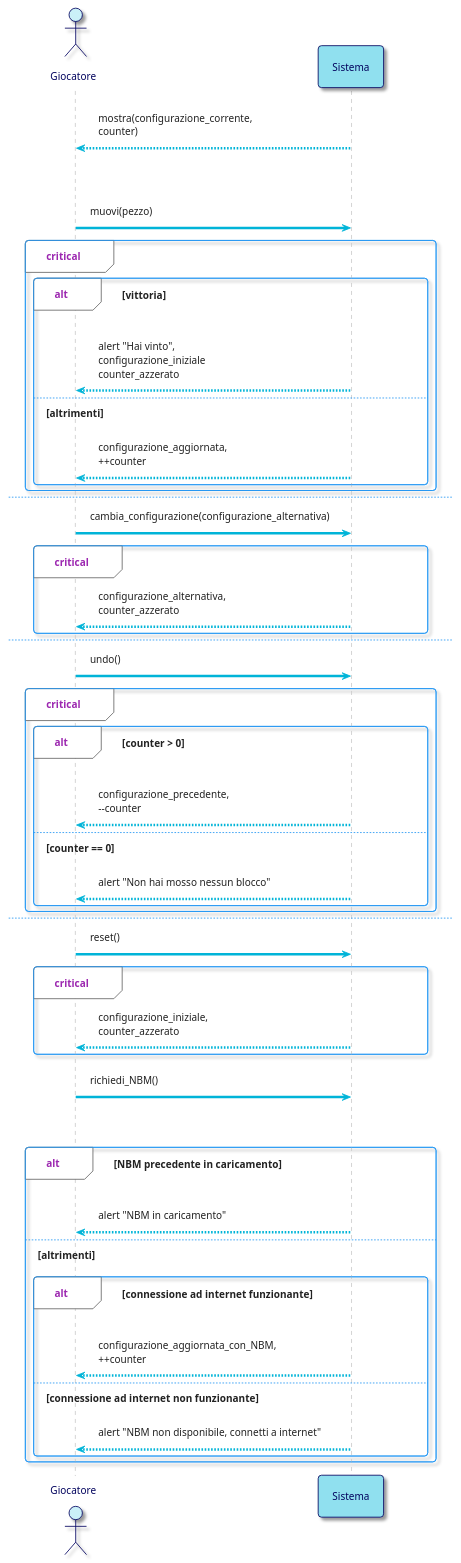
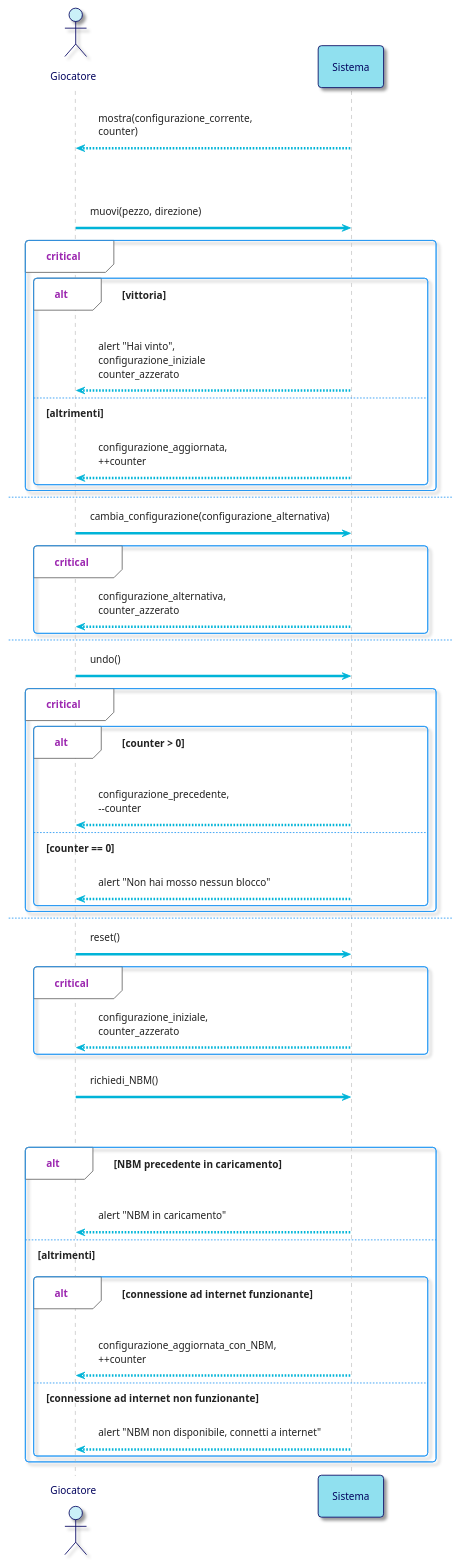
One commit to bellins14/klotski_gruppo2 changed the first of 7 diagrams in resources/Sequence_Diagrams.md. Above: the diagram before and after it, drawn with PlantUML. The commit also changed other lines of this file, not shown here.

````diff
--- a/resources/Sequence_Diagrams.md
+++ b/resources/Sequence_Diagrams.md
@@ -5,75 +5,75 @@
 ```plantuml
 @startuml
 !theme materia-outline
 
 skinparam ArrowColor #00B4D8
 skinparam BackgroundColor #FFFFFF
 skinparam ArrowColor #00B4D8
 skinparam ActorBorderColor #03045E
 skinparam ActorFontColor #03045E
 skinparam ActorBackgroundColor #CAF0F8
 skinparam ParticipantFontColor #03045E
 skinparam ParticipantBorderColor #03045E
 skinparam ParticipantBackgroundColor #90E0EF
 
 actor Giocatore
 participant Sistema
 
 Sistema --> Giocatore: mostra(configurazione_corrente,\ncounter)
 
 par
-    Giocatore -> Sistema: muovi(pezzo)
+    Giocatore -> Sistema: muovi(pezzo, direzione)
     
     critical 
       alt vittoria
         Sistema --> Giocatore: alert "Hai vinto", \nconfigurazione_iniziale \ncounter_azzerato
 
       else altrimenti
         Sistema --> Giocatore: configurazione_aggiornata,\n++counter
       end
     end
     
 else 
     Giocatore -> Sistema: cambia_configurazione(configurazione_alternativa)
     
     critical 
       Sistema --> Giocatore: configurazione_alternativa,\ncounter_azzerato
     end
 
 else 
     Giocatore -> Sistema: undo()
     
     critical 
       alt counter > 0 
         Sistema --> Giocatore: configurazione_precedente,\n--counter
         
       else counter == 0
         Sistema --> Giocatore: alert "Non hai mosso nessun blocco"
       end
     end
     
 else 
     Giocatore -> Sistema: reset()
     
     critical 
       Sistema --> Giocatore: configurazione_iniziale,\ncounter_azzerato
     end
 
 else 
     Giocatore -> Sistema: richiedi_NBM()
     
     critical 
     alt NBM precedente in caricamento
       Sistema --> Giocatore: alert "NBM in caricamento"
       
       else altrimenti
       
       alt connessione ad internet funzionante
         Sistema --> Giocatore: configurazione_aggiornata_con_NBM, \n++counter
         
       else connessione ad internet non funzionante
         Sistema --> Giocatore: alert "NBM non disponibile, connetti a internet" 
     end
 end
 @enduml
 ```
````
